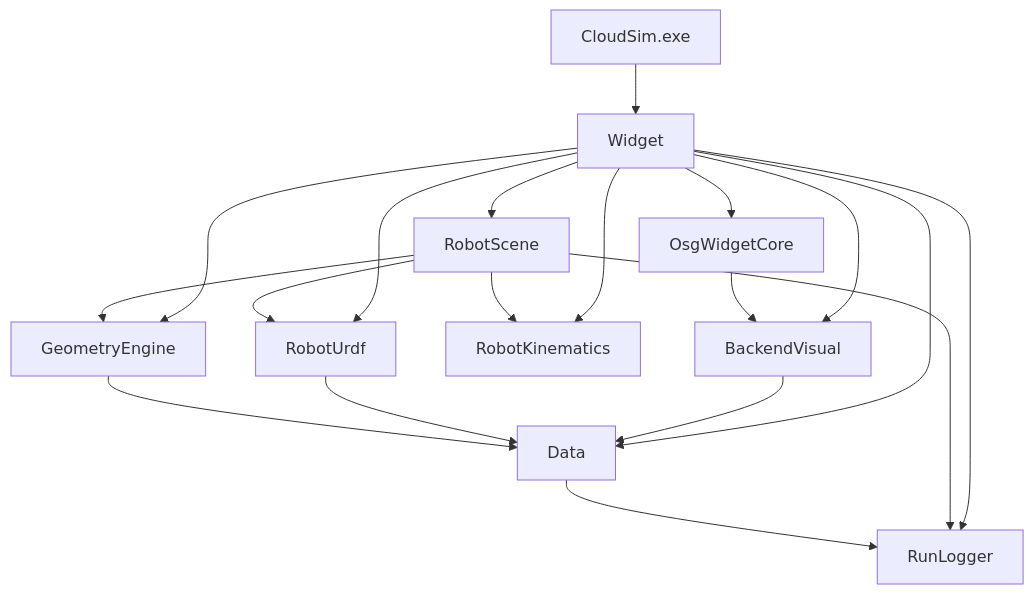
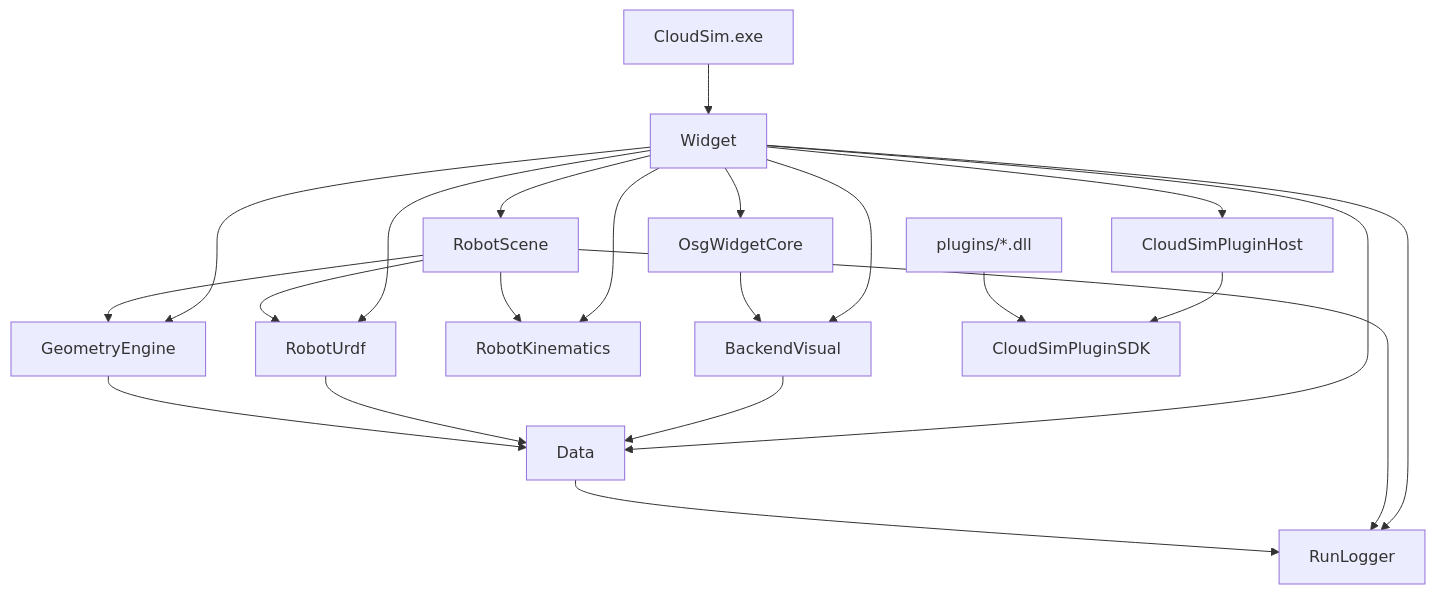
Before and after one commit to sanmunejdn/CloudSim: the diagram in docs/MODULE_DEVELOPER_GUIDES.md, drawn with Mermaid. The commit also changed other lines of this file and 72 other files, not shown here.

````diff
--- a/docs/MODULE_DEVELOPER_GUIDES.md
+++ b/docs/MODULE_DEVELOPER_GUIDES.md
@@ -20,19 +23,22 @@
 ```mermaid
 flowchart TB
   EXE[CloudSim.exe] --> W[Widget]
   W --> O[OsgWidgetCore]
   W --> BV[BackendVisual]
   W --> D[Data]
   W --> RS[RobotScene]
   W --> RU[RobotUrdf]
   W --> RK[RobotKinematics]
   W --> GE[GeometryEngine]
   W --> RL[RunLogger]
+  W --> PH[CloudSimPluginHost]
+  PH --> SDK[CloudSimPluginSDK]
+  PLG[plugins/*.dll] --> SDK
   O --> BV --> D
   RS --> GE
   RS --> RU --> D
   RS --> RK
   RS --> RL
   GE --> D
   D --> RL
 ```
````
